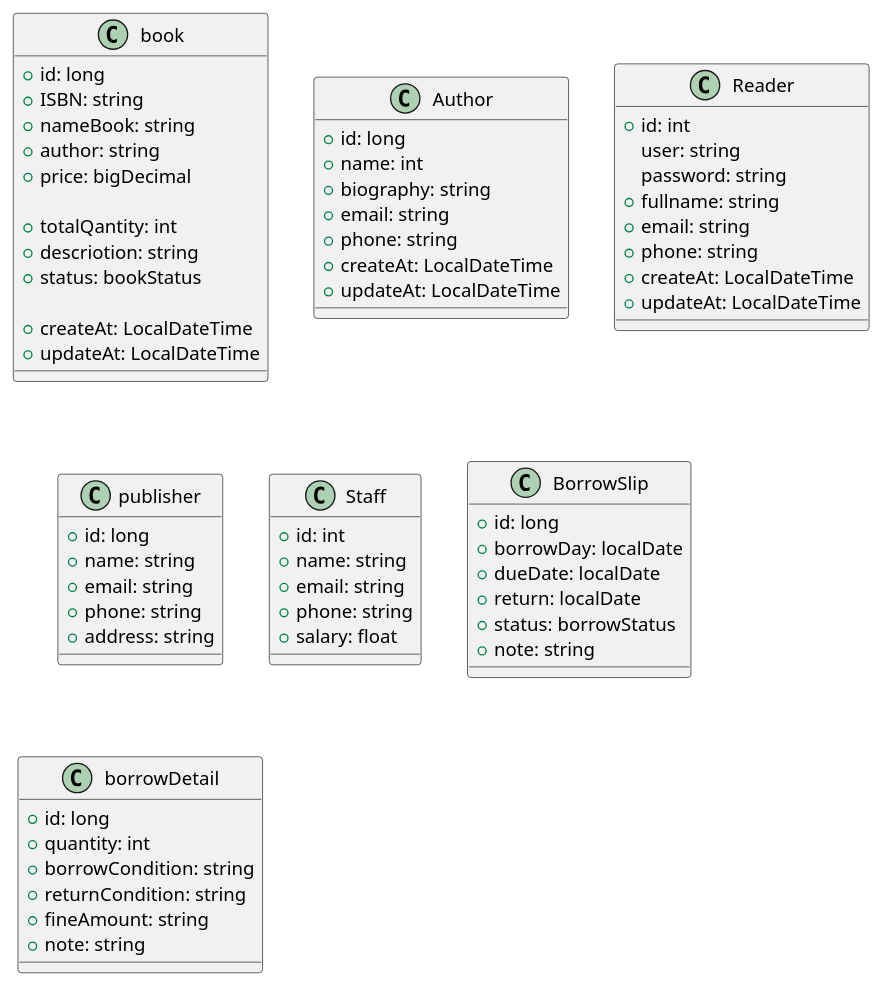
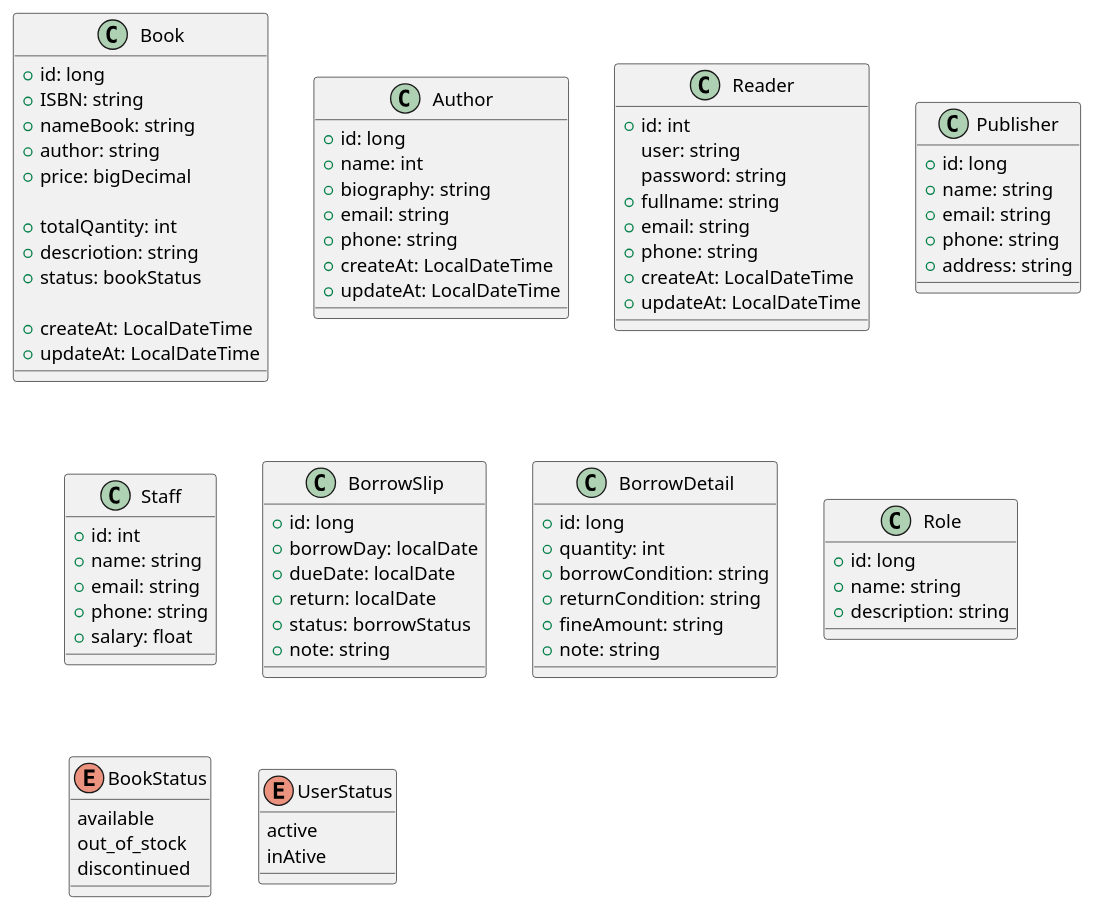
Before and after one commit to Tkanh12-10-2024/LibaryManger: the diagram in src/com/khanh/libarymanager/LibaryClass.puml, drawn with PlantUML. The commit also changed 1 other file, not shown here.

```diff
--- a/src/com/khanh/libarymanager/LibaryClass.puml
+++ b/src/com/khanh/libarymanager/LibaryClass.puml
@@ -1,69 +1,87 @@
 @startuml
-class book {
+class Book {
     +id: long
     +ISBN: string
     +nameBook: string
     +author: string
     +price: bigDecimal
 
     +totalQantity: int
     +descriotion: string
     +status: bookStatus
 
     +createAt: LocalDateTime
     +updateAt: LocalDateTime
 }
 class Author {
     +id: long
     +name: int
     +biography: string
     +email: string
     +phone: string
     +createAt: LocalDateTime
     +updateAt: LocalDateTime
 }
 class Reader {
     +id: int
     user: string
     password: string
     +fullname: string
     +email: string
     +phone: string
     +createAt: LocalDateTime
     +updateAt: LocalDateTime
 }
-class publisher {
+class Publisher {
     +id: long
     +name: string
     +email: string
     +phone: string
     +address: string
 }
 class Staff {
     +id: int
     +name: string
     +email: string
     +phone: string
     +salary: float
 
 }
 class BorrowSlip {
  +id: long
  +borrowDay: localDate
  +dueDate: localDate
  +return: localDate
  +status: borrowStatus
  +note: string
 
 }
 
 
-class borrowDetail {
+class BorrowDetail {
  +id: long
  +quantity: int
  +borrowCondition: string
  +returnCondition: string
  +fineAmount: string
  +note: string
 }
+
+class Role {
+    +id: long
+    +name: string
+    +description: string
+}
+
+enum BookStatus {
+    available
+    out_of_stock
+    discontinued
+}
+
+enum UserStatus  {
+    active
+    inAtive
+
+}
 @enduml
```
